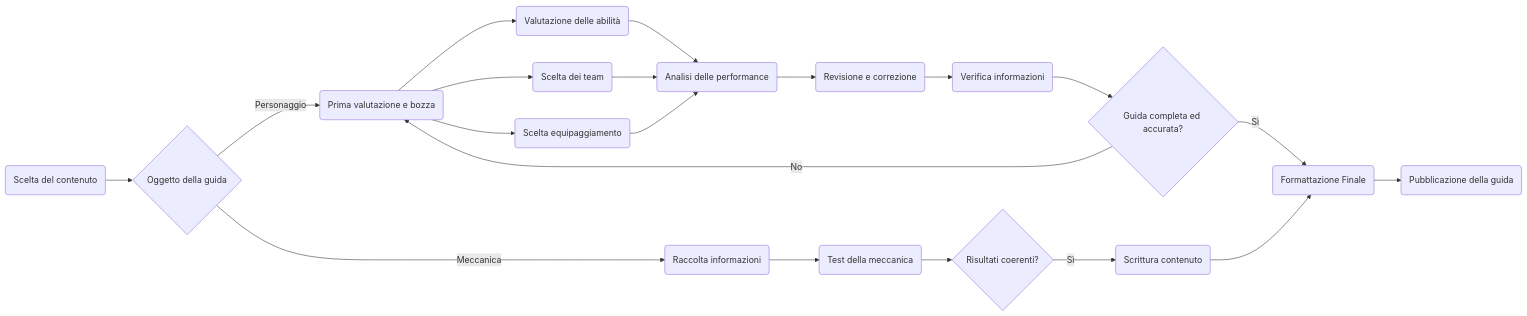
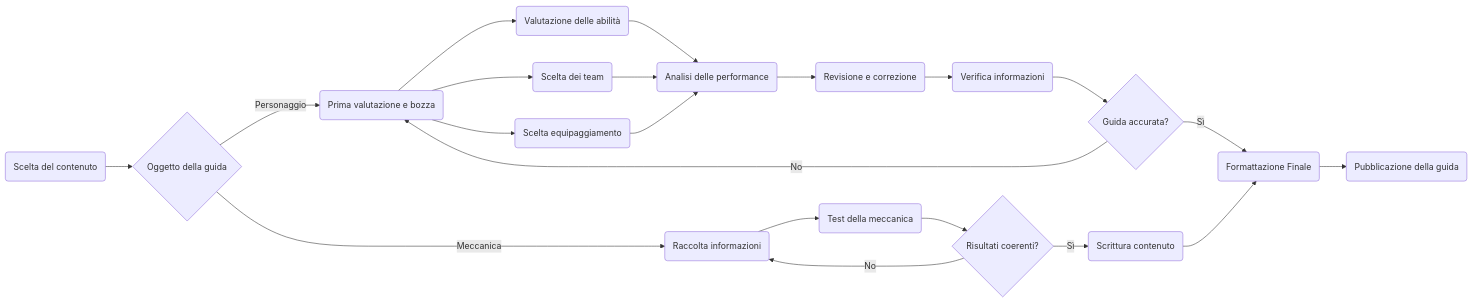
One commit to RafVale/Progetto-Editoria-Digitale changed the diagram in RelazioneProgettoEsame.md. Above: the diagram before and after it, drawn with Mermaid. The commit also changed other lines of this file, not shown here.

````diff
--- a/RelazioneProgettoEsame.md
+++ b/RelazioneProgettoEsame.md
@@ -61,22 +61,22 @@
 ```mermaid
 flowchart LR
     A(Scelta del contenuto) --> B{Oggetto della guida}
         B --> |Personaggio| C(Prima valutazione e bozza)
             C --> D(Valutazione delle abilità)
             C --> E(Scelta dei team)
             C --> F(Scelta equipaggiamento)
             D & E & F --> G(Analisi delle performance)
             G --> H(Revisione e correzione)
             H --> I(Verifica informazioni)
-            I --> L{Guida completa ed accurata?}
+            I --> L{Guida accurata?}
         L --> |Sì| Y(Formattazione Finale)
         L --> |No| C(Prima valutazione e bozza)
 
     B -->|Meccanica| M(Raccolta informazioni)
         M --> N(Test della meccanica)
         N--> O{Risultati coerenti?}
             O -->|Sì| P(Scrittura contenuto)
-            P --> Y(Formattazione Finale)
+            O -->|No| M(Raccolta informazioni)
+        P --> Y(Formattazione Finale)
     Y--> Z(Pubblicazione della guida)
-
 ```
````
